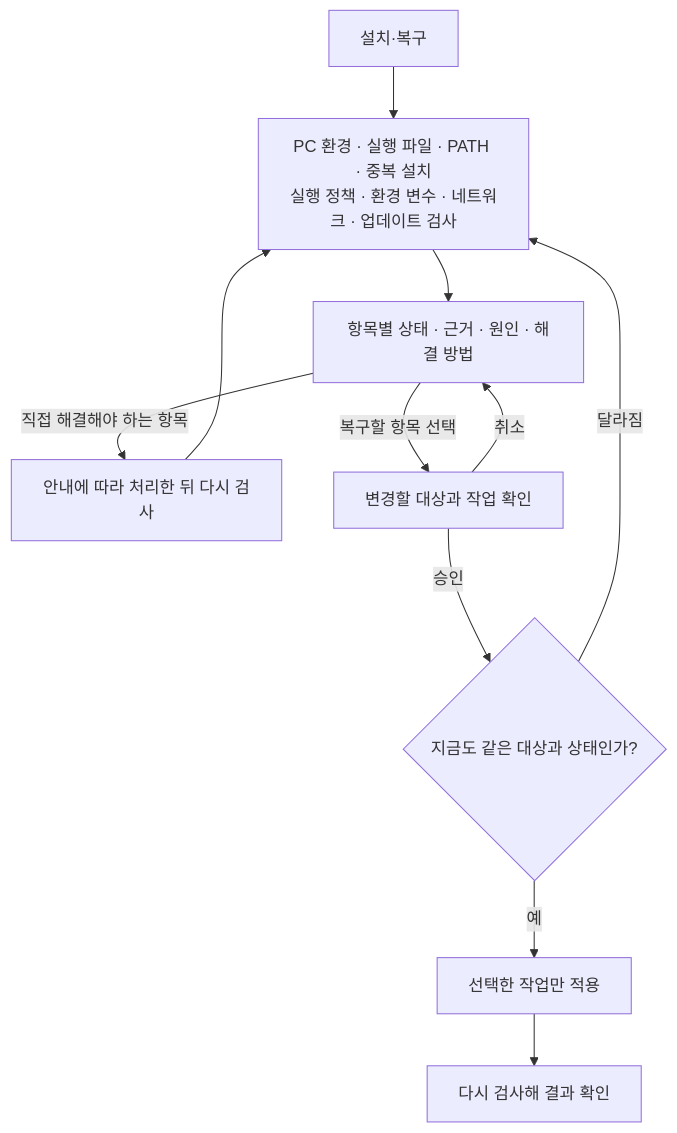
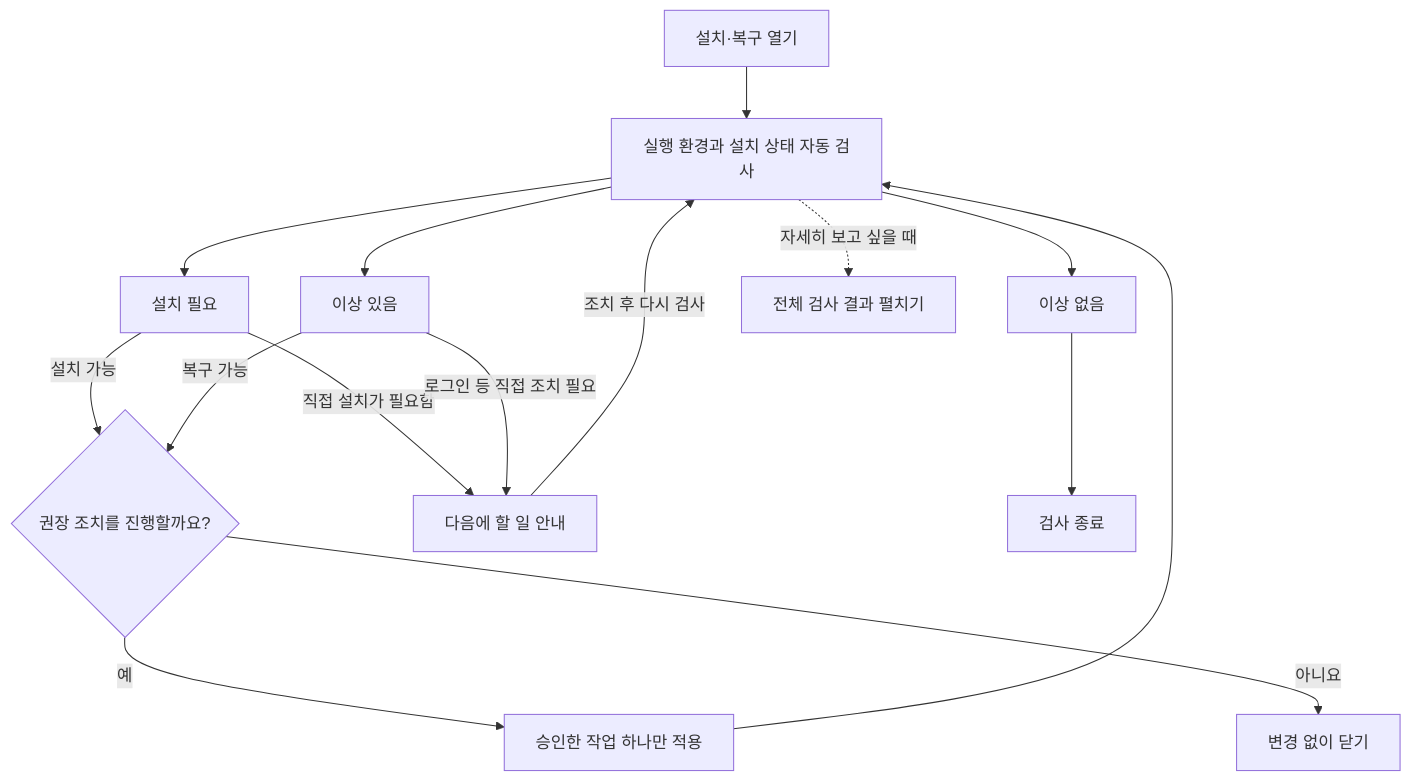
The second of 2 diagrams in docs/workflow.md (bswan0113/claude-code-cli-setup-diagnostics), drawn with Mermaid before and after one commit. The commit also changed other lines of this file and 5 other files, not shown here.

````diff
--- a/docs/workflow.md
+++ b/docs/workflow.md
@@ -80,13 +55,17 @@
 ```mermaid
 flowchart TD
-    Open["설치·복구"] --> Inspect["PC 환경 · 실행 파일 · PATH · 중복 설치<br/>실행 정책 · 환경 변수 · 네트워크 · 업데이트 검사"]
-    Inspect --> Findings["항목별 상태 · 근거 · 원인 · 해결 방법"]
-    Findings -->|직접 해결해야 하는 항목| Manual["안내에 따라 처리한 뒤 다시 검사"]
-    Findings -->|복구할 항목 선택| Preview["변경할 대상과 작업 확인"]
-    Preview -->|취소| Findings
-    Preview -->|승인| Validate{"지금도 같은 대상과 상태인가?"}
-    Validate -->|예| Apply["선택한 작업만 적용"]
-    Validate -->|달라짐| Inspect
-    Apply --> Verify["다시 검사해 결과 확인"]
-    Manual --> Inspect
+    Open["설치·복구 열기"] --> Scan["실행 환경과 설치 상태 자동 검사"]
+    Scan --> Install["설치 필요"]
+    Scan --> Issue["이상 있음"]
+    Scan --> Healthy["이상 없음"]
+    Scan -.->|자세히 보고 싶을 때| Details["전체 검사 결과 펼치기"]
+    Install -->|설치 가능| Ask{"권장 조치를 진행할까요?"}
+    Issue -->|복구 가능| Ask
+    Install -->|직접 설치가 필요함| Guide["다음에 할 일 안내"]
+    Issue -->|로그인 등 직접 조치 필요| Guide
+    Ask -->|예| Apply["승인한 작업 하나만 적용"]
+    Ask -->|아니요| Close["변경 없이 닫기"]
+    Apply --> Scan
+    Guide -->|조치 후 다시 검사| Scan
+    Healthy --> Done["검사 종료"]
 ```
````
